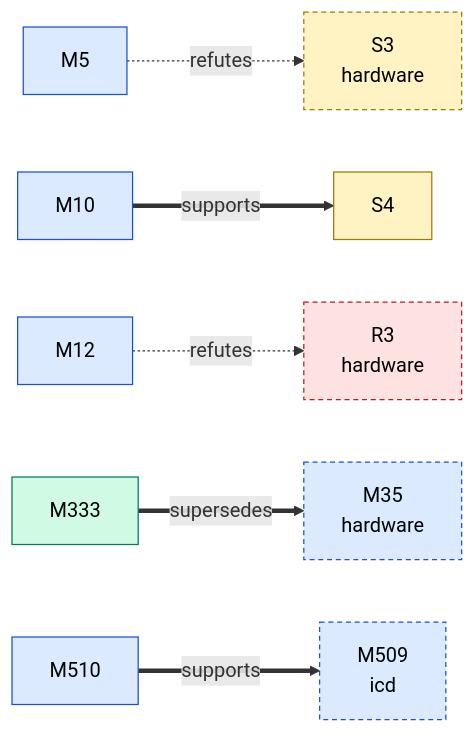
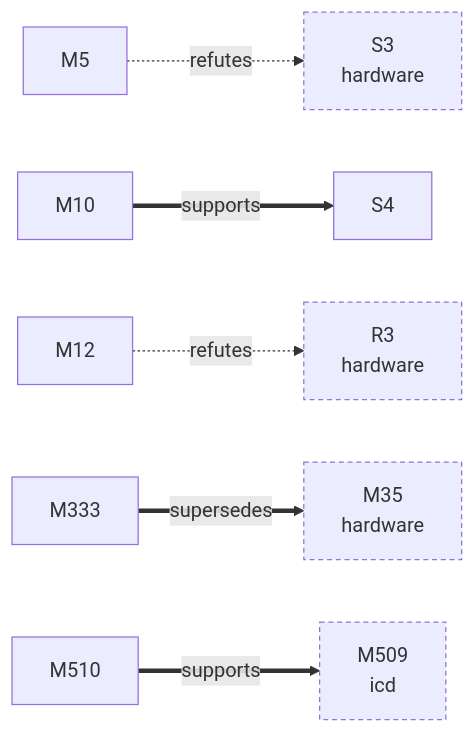
The first of 2 diagrams in docs/facts/graphs/linux.md (D-Ogi/amdgpu-wddm), drawn with Mermaid before and after one commit. The commit also changed other lines of this file and 9 other files, not shown here.

First line of the commit message:
docs/facts: plain graph nodes, no status colouring

````diff
--- a/docs/facts/graphs/linux.md
+++ b/docs/facts/graphs/linux.md
@@ -9,24 +9,20 @@
 ```mermaid
 flowchart LR
-  M5["M5"]:::MEASURED
-  M10["M10"]:::MEASURED
-  M12["M12"]:::MEASURED
-  M35["M35<br/>hardware"]:::MEASURED
-  M333["M333"]:::CONFIRMED
-  M509["M509<br/>icd"]:::MEASURED
-  M510["M510"]:::MEASURED
-  S3["S3<br/>hardware"]:::HYPOTHESIS
-  S4["S4"]:::HYPOTHESIS
-  R3["R3<br/>hardware"]:::REFUTED
+  M5["M5"]
+  M10["M10"]
+  M12["M12"]
+  M35["M35<br/>hardware"]
+  M333["M333"]
+  M509["M509<br/>icd"]
+  M510["M510"]
+  S3["S3<br/>hardware"]
+  S4["S4"]
+  R3["R3<br/>hardware"]
   M5 -.->|refutes| S3
   M10 ==>|supports| S4
   M12 -.->|refutes| R3
   M333 ==>|supersedes| M35
   M510 ==>|supports| M509
-  classDef HYPOTHESIS fill:#fff3c4,stroke:#9a7b00,color:#000
-  classDef MEASURED fill:#dbeafe,stroke:#1d4ed8,color:#000
-  classDef CONFIRMED fill:#d1fae5,stroke:#047857,color:#000
-  classDef REFUTED fill:#fee2e2,stroke:#b91c1c,color:#000
   classDef other stroke-dasharray:4 3
   class M35,M509,S3,R3 other
 ```
````
